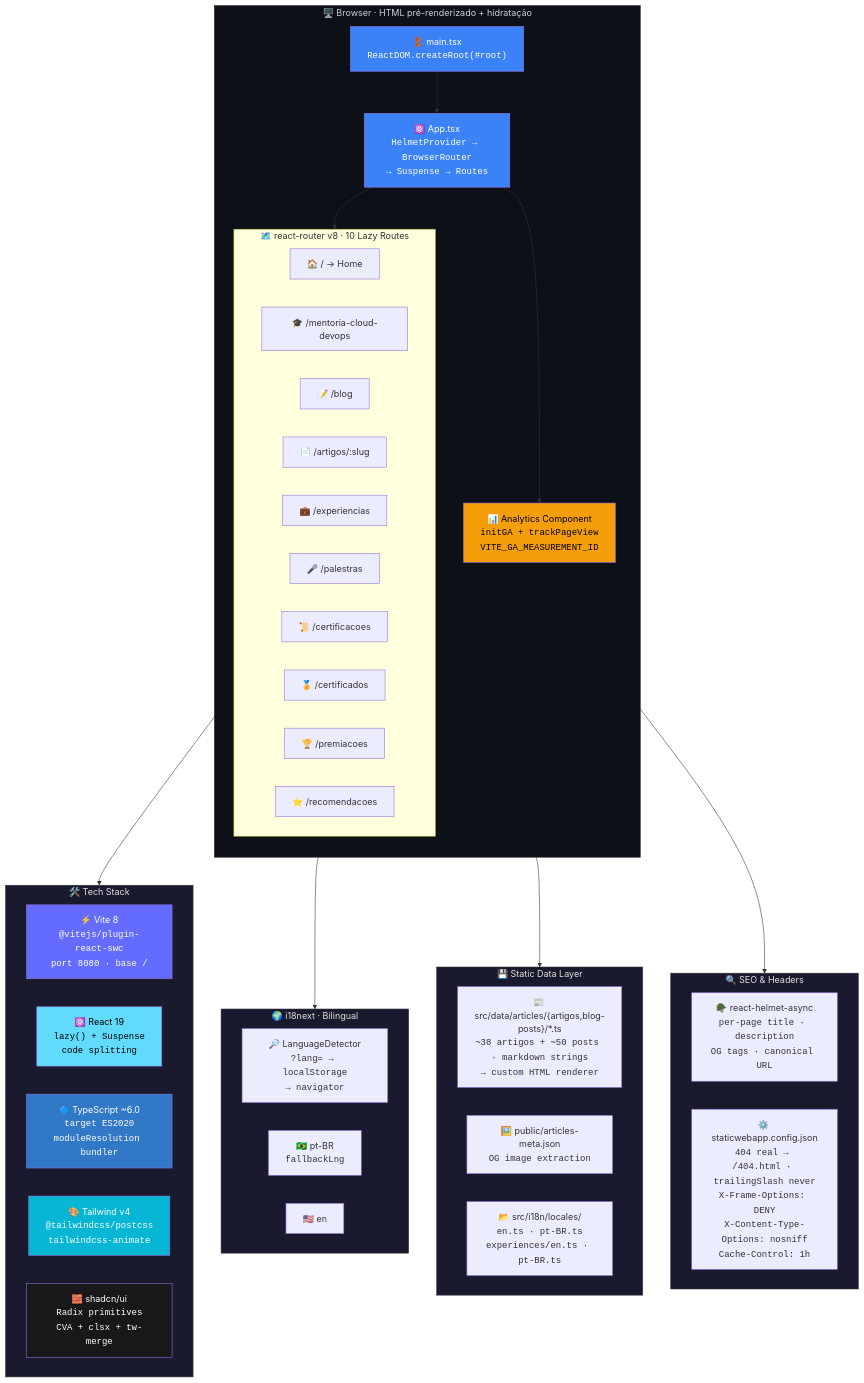
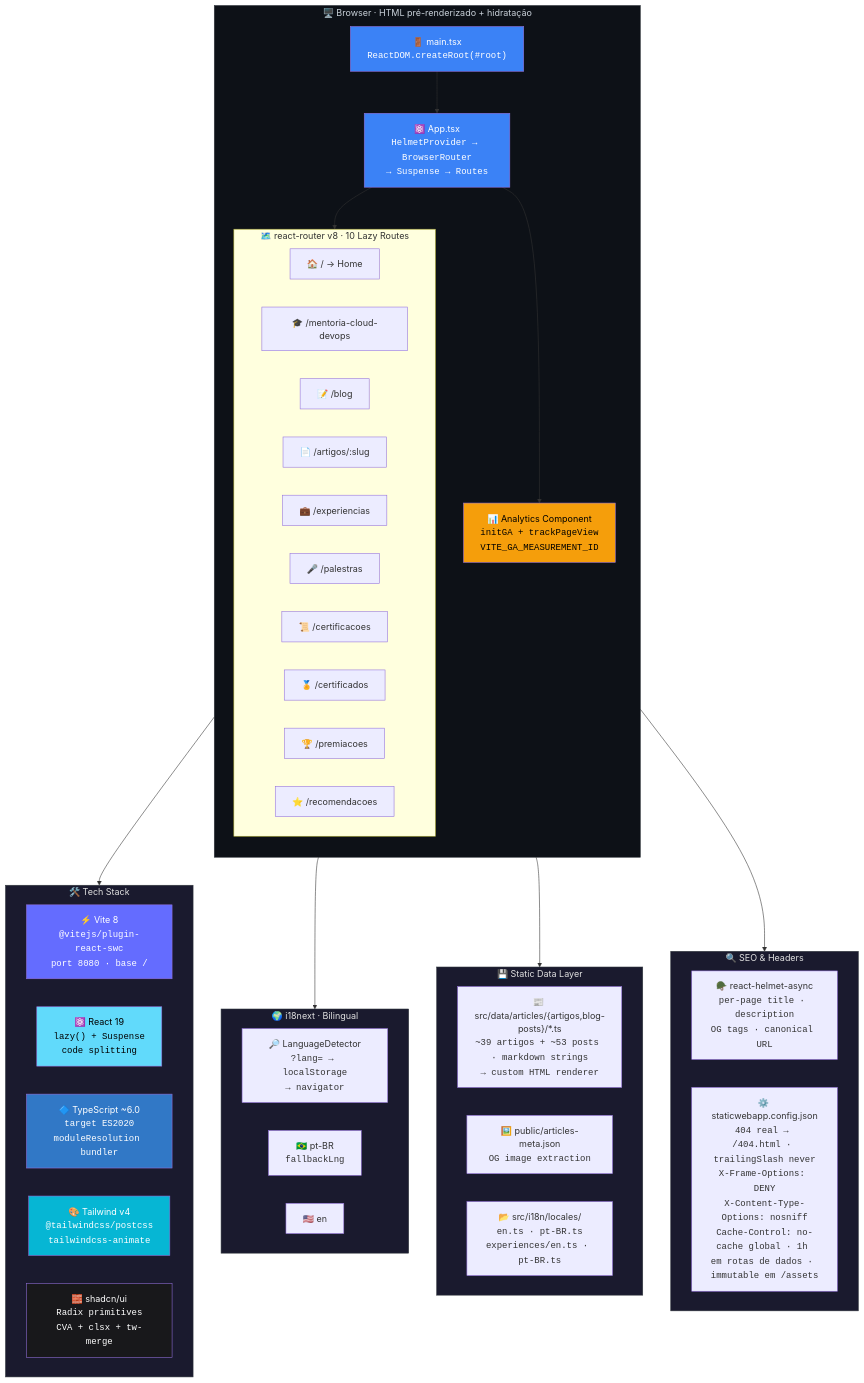
Before and after one commit to orafaelferreiraa/orafaelferreira-com: the third of 5 diagrams in README.md, drawn with Mermaid. The commit also changed other lines of this file and 13 other files, not shown here.

````diff
--- a/README.md
+++ b/README.md
@@ -397,74 +392,74 @@
 ```mermaid
 flowchart TB
     subgraph client["🖥️ Browser · HTML pré-renderizado + hidratação"]
         direction TB
         entry["🚪 main.tsx<br/><code>ReactDOM.createRoot(#root)</code>"]
         entry --> app["⚛️ App.tsx<br/><code>HelmetProvider → BrowserRouter<br/>→ Suspense → Routes</code>"]
         
         app --> analytics_comp["📊 Analytics Component<br/><code>initGA + trackPageView<br/>VITE_GA_MEASUREMENT_ID</code>"]
         
         app --> routes
 
         subgraph routes["🗺️ react-router v8 · 10 Lazy Routes"]
             direction LR
             r1["🏠 / → Home"]
             r2["🎓 /mentoria-cloud-devops"]
             r3["📝 /blog"]
             r4["📄 /artigos/:slug"]
             r5["💼 /experiencias"]
             r6["🎤 /palestras"]
             r7["📜 /certificacoes"]
             r8["🏅 /certificados"]
             r9["🏆 /premiacoes"]
             r10["⭐ /recomendacoes"]
         end
     end
 
     subgraph stack["🛠️ Tech Stack"]
         direction LR
         vite["⚡ Vite 8<br/><code>@vitejs/plugin-react-swc<br/>port 8080 · base /</code>"]
         react["⚛️ React 19<br/><code>lazy() + Suspense<br/>code splitting</code>"]
         ts["🔷 TypeScript ~6.0<br/><code>target ES2020<br/>moduleResolution bundler</code>"]
         tw["🎨 Tailwind v4<br/><code>@tailwindcss/postcss<br/>tailwindcss-animate</code>"]
         shadcn["🧱 shadcn/ui<br/><code>Radix primitives<br/>CVA + clsx + tw-merge</code>"]
     end
 
     subgraph i18n["🌍 i18next · Bilingual"]
         direction LR
         detector["🔎 LanguageDetector<br/><code>?lang= → localStorage<br/>→ navigator</code>"]
         ptbr["🇧🇷 pt-BR<br/><code>fallbackLng</code>"]
         en["🇺🇸 en"]
     end
 
     subgraph data["💾 Static Data Layer"]
         direction LR
-        articles["📰 src/data/articles/{artigos,blog-posts}/*.ts<br/><code>~38 artigos + ~50 posts · markdown strings<br/>→ custom HTML renderer</code>"]
+        articles["📰 src/data/articles/{artigos,blog-posts}/*.ts<br/><code>~39 artigos + ~53 posts · markdown strings<br/>→ custom HTML renderer</code>"]
         meta["🖼️ public/articles-meta.json<br/><code>OG image extraction</code>"]
         i18n_files["📂 src/i18n/locales/<br/><code>en.ts · pt-BR.ts<br/>experiences/en.ts · pt-BR.ts</code>"]
     end
 
     subgraph seo["🔍 SEO & Headers"]
         direction LR
         helmet["🪖 react-helmet-async<br/><code>per-page title · description<br/>OG tags · canonical URL</code>"]
-        swa_config["⚙️ staticwebapp.config.json<br/><code>404 real → /404.html · trailingSlash never<br/>X-Frame-Options: DENY<br/>X-Content-Type-Options: nosniff<br/>Cache-Control: 1h</code>"]
+        swa_config["⚙️ staticwebapp.config.json<br/><code>404 real → /404.html · trailingSlash never<br/>X-Frame-Options: DENY<br/>X-Content-Type-Options: nosniff<br/>Cache-Control: no-cache global · 1h em rotas de dados · immutable em /assets</code>"]
     end
 
     client --> stack
     client --> i18n
     client --> data
     client --> seo
 
     style client fill:#0d1117,color:#c9d1d9,stroke:#30363d
     style stack fill:#1a1a2e,color:#e0e0e0,stroke:#30363d
     style i18n fill:#1a1a2e,color:#e0e0e0,stroke:#30363d
     style data fill:#1a1a2e,color:#e0e0e0,stroke:#30363d
     style seo fill:#1a1a2e,color:#e0e0e0,stroke:#30363d
     style entry fill:#3b82f6,color:#fff
     style app fill:#3b82f6,color:#fff
     style analytics_comp fill:#f59e0b,color:#000
     style vite fill:#646cff,color:#fff
     style react fill:#61dafb,color:#000
     style ts fill:#3178c6,color:#fff
     style tw fill:#06b6d4,color:#fff
     style shadcn fill:#18181b,color:#fff
 ```
````
